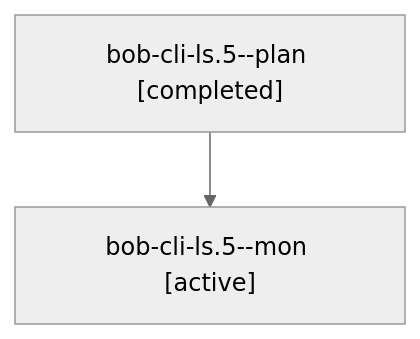
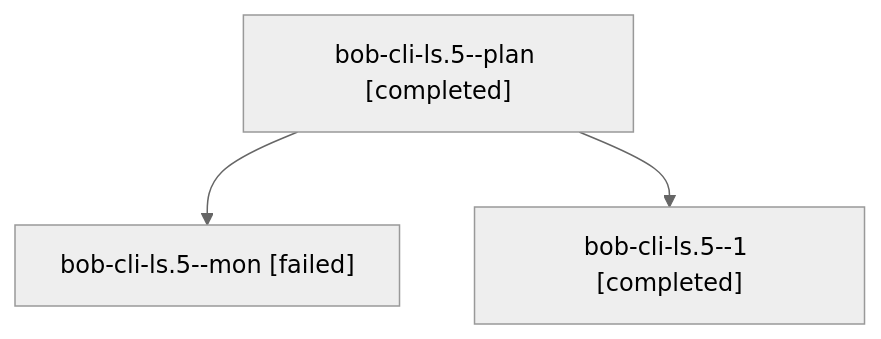
The diagram in sessions/bbugyi200.athena.bob-cli-ls.5.md (bobs-org/bob-cli--agents), drawn with Mermaid (neutral theme) before and after one commit. The commit also changed other lines of this file and 54 other files, not shown here.

````diff
--- a/sessions/bbugyi200.athena.bob-cli-ls.5.md
+++ b/sessions/bbugyi200.athena.bob-cli-ls.5.md
@@ -9,6 +9,8 @@
 ```mermaid
 flowchart TD
   n0["bob-cli-ls.5--plan [completed]"]
-  n1["bob-cli-ls.5--mon [active]"]
+  n1["bob-cli-ls.5--mon [failed]"]
   n0 --> n1
+  n2["bob-cli-ls.5--1 [completed]"]
+  n0 --> n2
 ```
````
